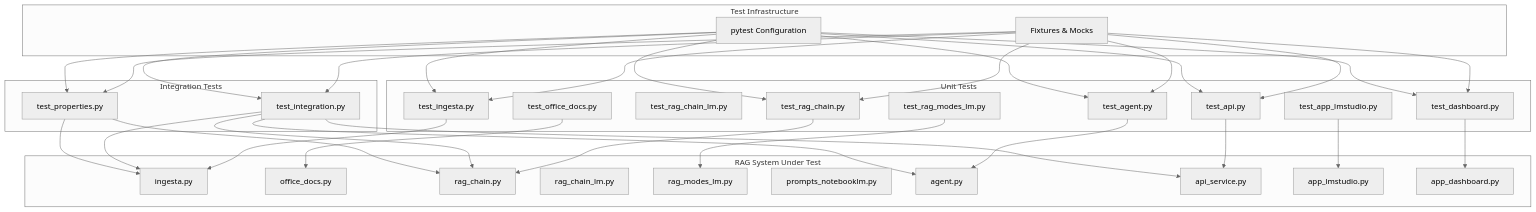
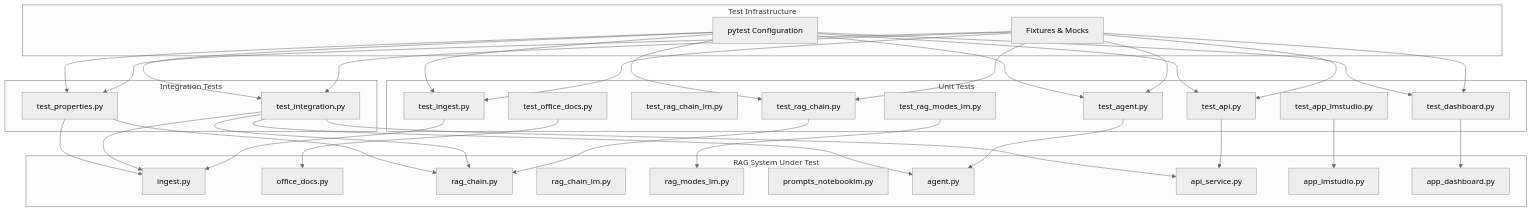
The diagram in .kiro/specs/rag-testing-system/design.md (gracobjo/rag_local_lmstudio), drawn with Mermaid (neutral theme) before and after one commit. The commit also changed other lines of this file and 5 other files, not shown here.

First line of the commit message:
refactor: renombrar ingesta.py a ingest.py (enunciado práctica)

````diff
--- a/.kiro/specs/rag-testing-system/design.md
+++ b/.kiro/specs/rag-testing-system/design.md
@@ -67,70 +67,70 @@
 ```mermaid
 graph TB
     subgraph "Test Infrastructure"
         Fixtures[Fixtures & Mocks]
         Config[pytest Configuration]
     end
     
     subgraph "Unit Tests"
-        UT1[test_ingesta.py]
+        UT1[test_ingest.py]
         UT2[test_rag_chain.py]
         UT2b[test_rag_chain_lm.py]
         UT3[test_agent.py]
         UT4[test_api.py]
         UT5[test_dashboard.py]
         UT6[test_app_lmstudio.py]
         UT7[test_office_docs.py]
         UT8[test_rag_modes_lm.py]
     end
     
     subgraph "Integration Tests"
         IT1[test_integration.py]
         IT2[test_properties.py]
     end
     
     subgraph "RAG System Under Test"
-        Ingesta[ingesta.py]
+        Ingesta[ingest.py]
         Office[office_docs.py]
         RAG[rag_chain.py]
         RAGlm[rag_chain_lm.py]
         Modes[rag_modes_lm.py]
         Prompts[prompts_notebooklm.py]
         Agent[agent.py]
         API[api_service.py]
         AppLM[app_lmstudio.py]
         Dashboard[app_dashboard.py]
     end
     
     Fixtures --> UT1
     Fixtures --> UT2
     Fixtures --> UT3
     Fixtures --> UT4
     Fixtures --> UT5
     Fixtures --> IT1
     Fixtures --> IT2
     
     Config --> UT1
     Config --> UT2
     Config --> UT3
     Config --> UT4
     Config --> UT5
     Config --> IT1
     Config --> IT2
     
     UT1 --> Ingesta
     UT2 --> RAG
     UT3 --> Agent
     UT4 --> API
     UT5 --> Dashboard
     UT6 --> AppLM
     UT7 --> Office
     UT8 --> Modes
     
     IT1 --> Ingesta
     IT1 --> RAG
     IT1 --> Agent
     IT1 --> API
     
     IT2 --> Ingesta
     IT2 --> RAG
 ```
````
